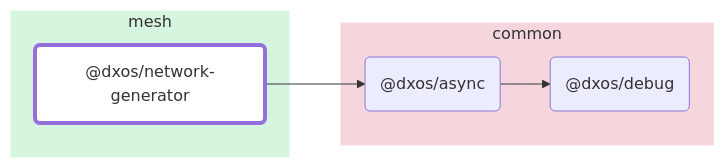
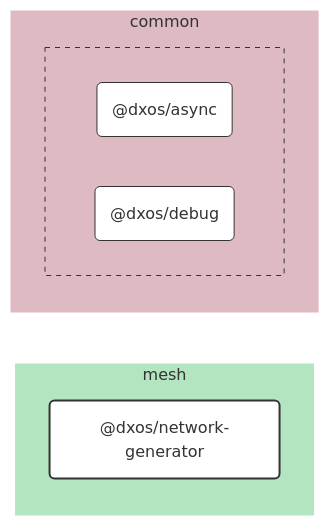
The diagram in packages/mesh/network-generator/docs/README.md (dxos/dxos), drawn with Mermaid before and after one commit. The commit also changed 100 other files, not shown here.

````diff
--- a/packages/mesh/network-generator/docs/README.md
+++ b/packages/mesh/network-generator/docs/README.md
@@ -7,22 +7,41 @@
 ```mermaid
-flowchart LR;
+%%{ init: {'flowchart':{'curve':'basis'}} }%%
 
-style dxos/network-generator fill:#fff,stroke-width:4px;
+flowchart LR
 
-click dxos/async "https:/github.com/dxos/dxos/tree/main/packages/common/async/docs";
-click dxos/debug "https:/github.com/dxos/dxos/tree/main/packages/common/debug/docs";
+%% Links
 
+%% Sections
 subgraph mesh
-  style mesh fill:#d6f5de,stroke:#fff;
-  dxos/network-generator("@dxos/network-generator");
+  style mesh fill:#b3e6c0,stroke:#fff;
+
+  dxos/network-generator("@dxos/network-generator")
 end
 
 subgraph common
-  style common fill:#f5d6dd,stroke:#fff;
-  dxos/async("@dxos/async");
-  dxos/debug("@dxos/debug");
+  style common fill:#debac2,stroke:#fff;
+
+
+  subgraph common-excluded [ ]
+    style common-excluded fill:#debac2,stroke:#333,stroke-dasharray:5 5;
+
+    dxos/async("@dxos/async")
+    dxos/debug("@dxos/debug")
+  end
 end
 
-dxos/network-generator --> dxos/async;
-dxos/async --> dxos/debug;
+
+%% Hyperlinks
+click dxos/async href "https:/github.com/dxos/dxos/tree/main/packages/common/async/docs";
+click dxos/debug href "https:/github.com/dxos/dxos/tree/main/packages/common/debug/docs";
+
+%% Styles
+classDef rootNode fill:#fff,stroke:#333,stroke-width:2px
+classDef defaultNode fill:#fff,stroke:#333,stroke-width:1px
+linkStyle default stroke:#333,stroke-width:1px
+
+dxos/network-generator:::rootNode
+
+dxos/async:::defaultNode
+dxos/debug:::defaultNode
 ```
````
